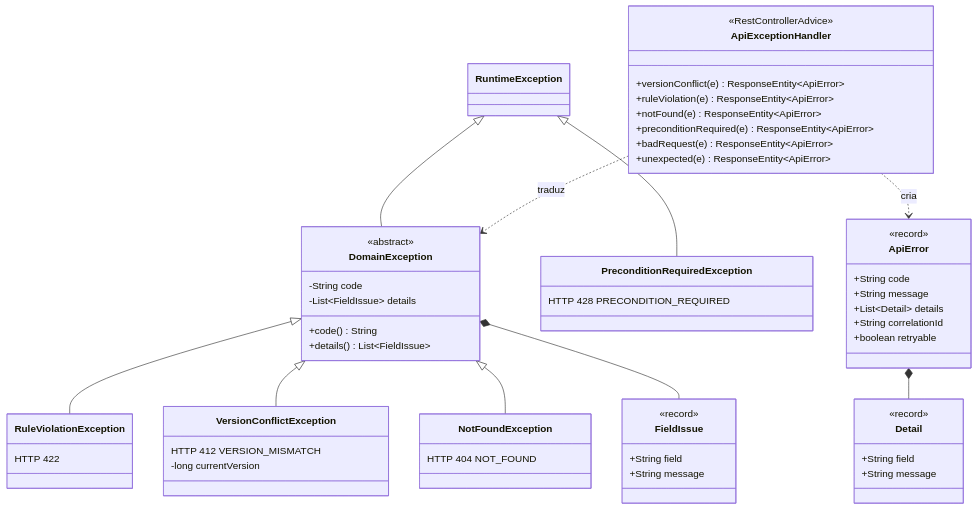
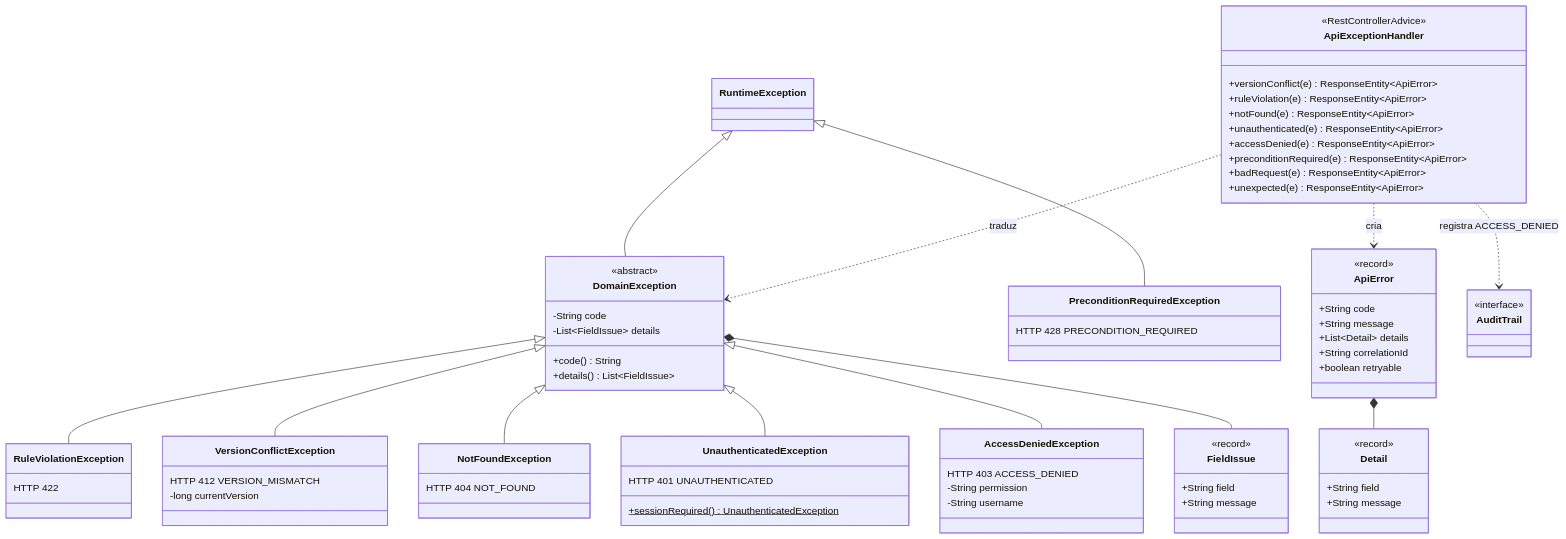
Before and after one commit to edsoncorralxxx-ui/ERP: the third of 16 diagrams in docs/backend/17-diagramas-de-classes-e-padroes.md, drawn with Mermaid. The commit also changed other lines of this file and 8 other files, not shown here.

First line of the commit message:
Diagramas atualizados para a Sprint 2 e diagramas do sistema completo

````diff
--- a/docs/backend/17-diagramas-de-classes-e-padroes.md
+++ b/docs/backend/17-diagramas-de-classes-e-padroes.md
@@ -129,60 +136,77 @@
 ```mermaid
 classDiagram
     class RuntimeException
     class DomainException {
         <<abstract>>
         -String code
         -List~FieldIssue~ details
         +code() String
         +details() List~FieldIssue~
     }
     class FieldIssue {
         <<record>>
         +String field
         +String message
     }
     class RuleViolationException {
         HTTP 422
     }
     class VersionConflictException {
         HTTP 412 VERSION_MISMATCH
         -long currentVersion
     }
     class NotFoundException {
         HTTP 404 NOT_FOUND
     }
+    class UnauthenticatedException {
+        HTTP 401 UNAUTHENTICATED
+        +sessionRequired()$ UnauthenticatedException
+    }
+    class AccessDeniedException {
+        HTTP 403 ACCESS_DENIED
+        -String permission
+        -String username
+    }
     class PreconditionRequiredException {
         HTTP 428 PRECONDITION_REQUIRED
     }
     class ApiExceptionHandler {
         <<RestControllerAdvice>>
         +versionConflict(e) ResponseEntity~ApiError~
         +ruleViolation(e) ResponseEntity~ApiError~
         +notFound(e) ResponseEntity~ApiError~
+        +unauthenticated(e) ResponseEntity~ApiError~
+        +accessDenied(e) ResponseEntity~ApiError~
         +preconditionRequired(e) ResponseEntity~ApiError~
         +badRequest(e) ResponseEntity~ApiError~
         +unexpected(e) ResponseEntity~ApiError~
     }
     class ApiError {
         <<record>>
         +String code
         +String message
         +List~Detail~ details
         +String correlationId
         +boolean retryable
     }
     class Detail {
         <<record>>
         +String field
         +String message
     }
     RuntimeException <|-- DomainException
     RuntimeException <|-- PreconditionRequiredException
     DomainException <|-- RuleViolationException
     DomainException <|-- VersionConflictException
     DomainException <|-- NotFoundException
+    DomainException <|-- UnauthenticatedException
+    DomainException <|-- AccessDeniedException
     DomainException *-- FieldIssue
     ApiExceptionHandler ..> DomainException : traduz
     ApiExceptionHandler ..> ApiError : cria
     ApiError *-- Detail
+    ApiExceptionHandler ..> AuditTrail : registra ACCESS_DENIED
+    class AuditTrail {
+        <<interface>>
+    }
 ```
````
